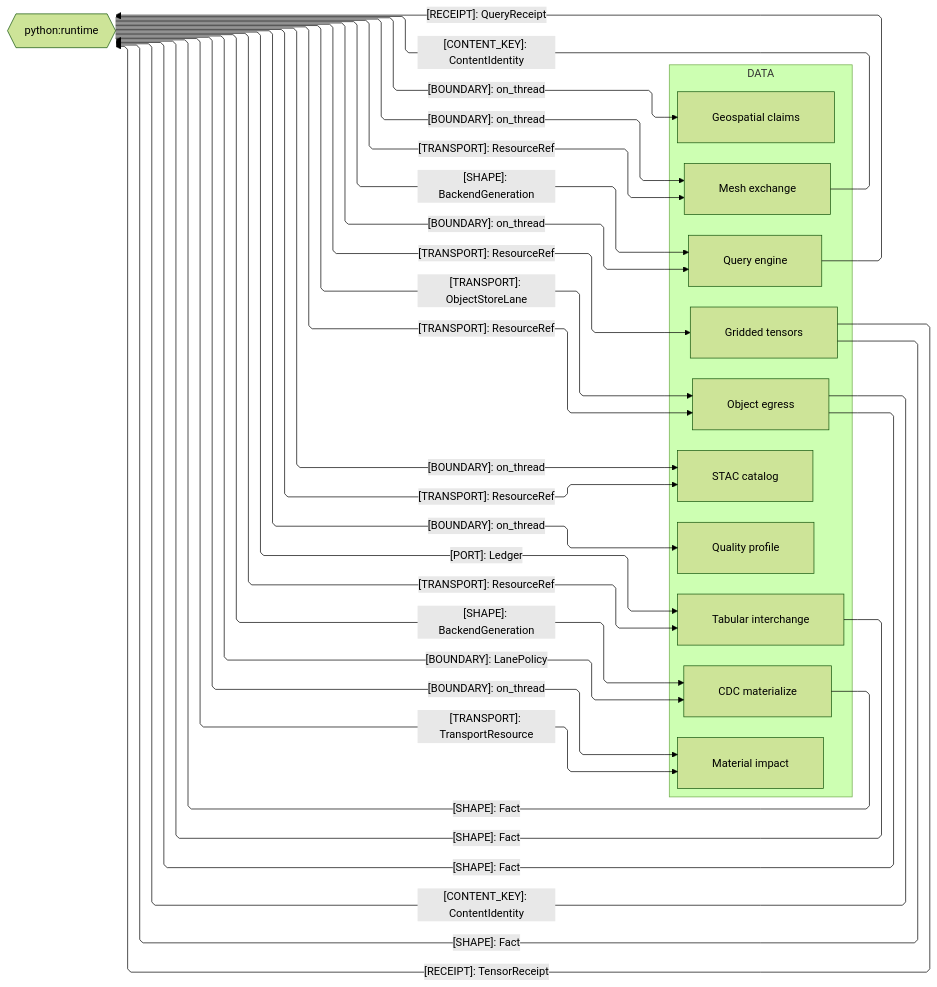
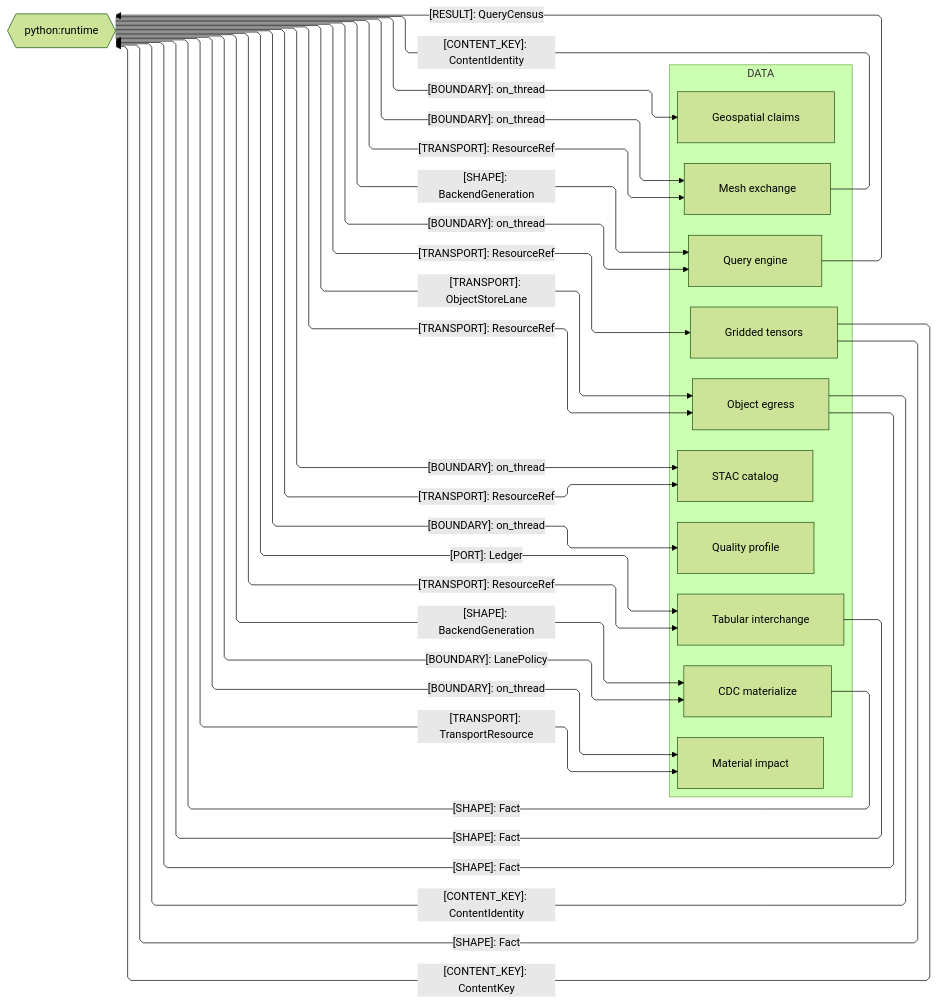
One commit to bsamiee/Rasm changed the second of 5 diagrams in libs/python/data/ARCHITECTURE.md. Above: the diagram before and after it, drawn with Mermaid (forest theme). The commit also changed other lines of this file and 1417 other files, not shown here.

````diff
--- a/libs/python/data/ARCHITECTURE.md
+++ b/libs/python/data/ARCHITECTURE.md
@@ -131,50 +131,50 @@
 ```mermaid
 ---
 config:
   layout: elk
   flowchart:
     curve: linear
     padding: 25
 ---
 flowchart LR
     accTitle: Data package Python host-runtime seam registry
     accDescr: Which kinded contracts cross between the data owners and the Python host runtime, the evidence port and facts among them.
     subgraph data[DATA]
         Tabular[Tabular interchange]
         Egress[Object egress]
         Query[Query engine]
         Materialize[CDC materialize]
         Catalog[STAC catalog]
         Gridded[Gridded tensors]
         Impact[Material impact]
         Profile[Quality profile]
         Geospatial[Geospatial claims]
         Mesh[Mesh exchange]
     end
     Runtime{{python:runtime}}
     Egress e1@-->|"[CONTENT_KEY]: ContentIdentity"| Runtime
-    Query e2@-->|"[RECEIPT]: QueryReceipt"| Runtime
-    Gridded e3@-->|"[RECEIPT]: TensorReceipt"| Runtime
+    Query e2@-->|"[RESULT]: QueryCensus"| Runtime
+    Gridded e3@-->|"[CONTENT_KEY]: ContentKey"| Runtime
     Mesh e4@-->|"[CONTENT_KEY]: ContentIdentity"| Runtime
     Tabular e5@-->|"[SHAPE]: Fact"| Runtime
     Egress e6@-->|"[SHAPE]: Fact"| Runtime
     Materialize e7@-->|"[SHAPE]: Fact"| Runtime
     Gridded e8@-->|"[SHAPE]: Fact"| Runtime
     Runtime e9@-->|"[TRANSPORT]: ResourceRef"| Tabular
     Runtime e10@-->|"[PORT]: Ledger"| Tabular
     Runtime e11@-->|"[TRANSPORT]: ResourceRef"| Egress
     Runtime e12@-->|"[TRANSPORT]: ObjectStoreLane"| Egress
     Runtime e13@-->|"[BOUNDARY]: on_thread"| Query
     Runtime e14@-->|"[SHAPE]: BackendGeneration"| Query
     Runtime e15@-->|"[BOUNDARY]: LanePolicy"| Materialize
     Runtime e16@-->|"[SHAPE]: BackendGeneration"| Materialize
     Runtime e17@-->|"[TRANSPORT]: ResourceRef"| Catalog
     Runtime e18@-->|"[BOUNDARY]: on_thread"| Catalog
     Runtime e19@-->|"[TRANSPORT]: ResourceRef"| Gridded
     Runtime e20@-->|"[TRANSPORT]: TransportResource"| Impact
     Runtime e21@-->|"[BOUNDARY]: on_thread"| Impact
     Runtime e22@-->|"[BOUNDARY]: on_thread"| Profile
     Runtime e23@-->|"[BOUNDARY]: on_thread"| Geospatial
     Runtime e24@-->|"[TRANSPORT]: ResourceRef"| Mesh
     Runtime e25@-->|"[BOUNDARY]: on_thread"| Mesh
 ```
````
